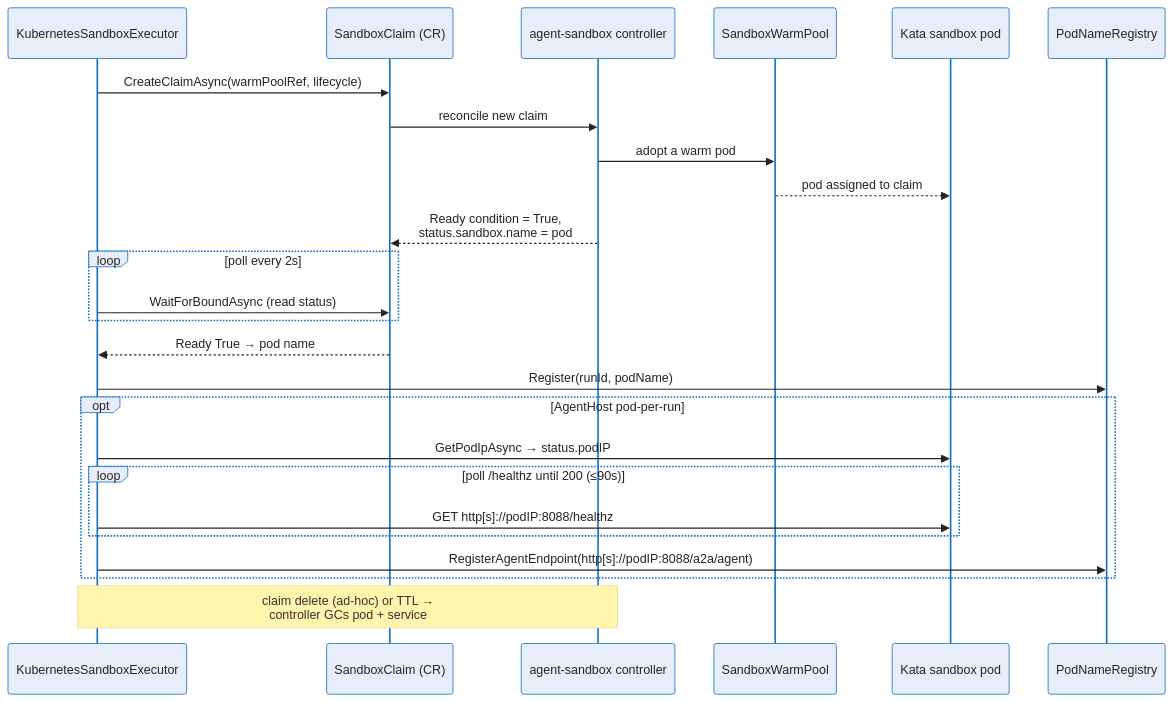
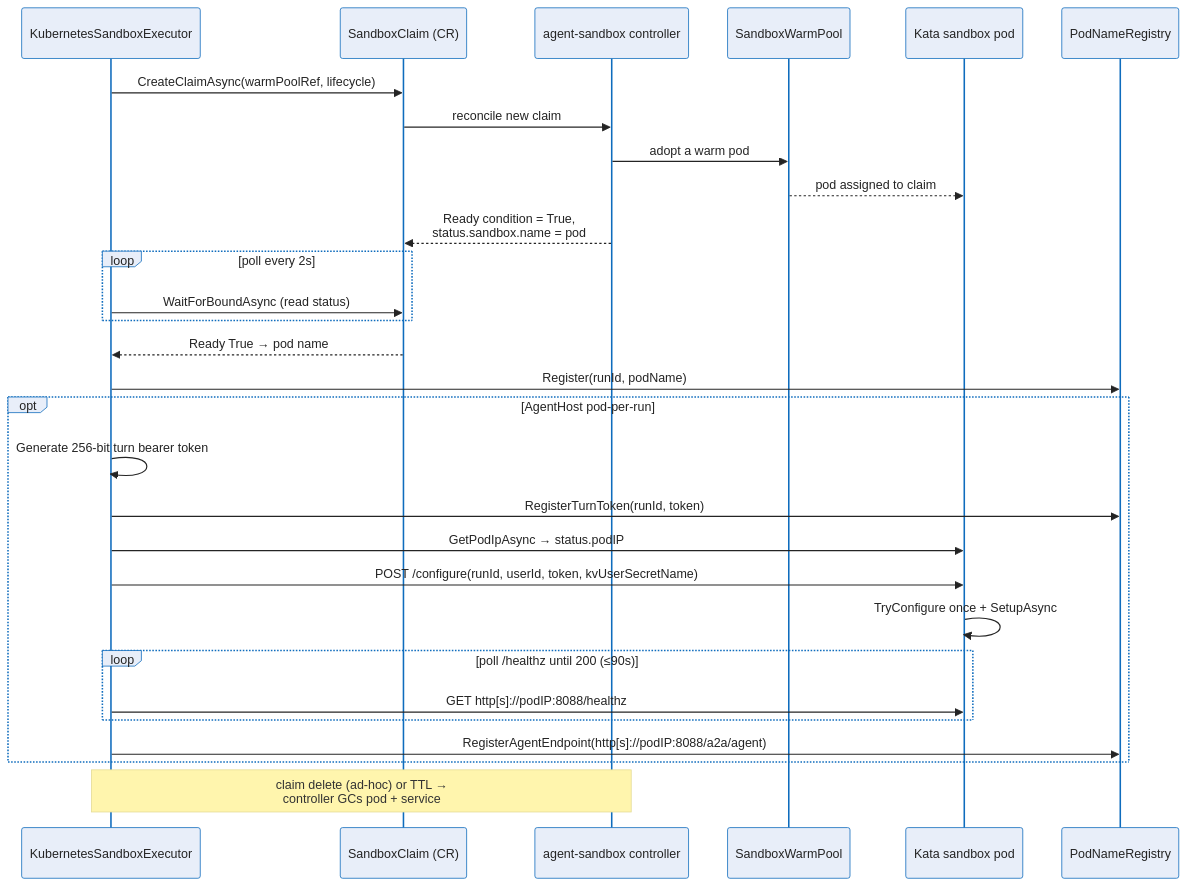
Before and after one commit to sabbour/agentweaver: the fourth of 6 diagrams in docs/deep-dive/sandbox-pod-execution.md, drawn with Mermaid. The commit also changed other lines of this file and 40 other files, not shown here.

````diff
--- a/docs/deep-dive/sandbox-pod-execution.md
+++ b/docs/deep-dive/sandbox-pod-execution.md
@@ -234,28 +235,32 @@
 ```mermaid
 %%{init: {'theme':'base','themeVariables':{'fontFamily':'Segoe UI, system-ui, -apple-system, sans-serif','fontSize':'15px','primaryColor':'#E8EEF9','primaryBorderColor':'#0F6CBD','primaryTextColor':'#242424','lineColor':'#605E5C','clusterBkg':'#FAF9F8','clusterBorder':'#D2D0CE','edgeLabelBackground':'#FFFFFF'}}}%%
 sequenceDiagram
     participant Exec as KubernetesSandboxExecutor
     participant Claim as SandboxClaim (CR)
     participant Ctrl as agent-sandbox controller
     participant Pool as SandboxWarmPool
     participant Pod as Kata sandbox pod
     participant Reg as PodNameRegistry
     Exec->>Claim: CreateClaimAsync(warmPoolRef, lifecycle)
     Claim->>Ctrl: reconcile new claim
     Ctrl->>Pool: adopt a warm pod
     Pool-->>Pod: pod assigned to claim
     Ctrl-->>Claim: Ready condition = True,<br/>status.sandbox.name = pod
     loop poll every 2s
         Exec->>Claim: WaitForBoundAsync (read status)
     end
     Claim-->>Exec: Ready True → pod name
     Exec->>Reg: Register(runId, podName)
     opt AgentHost pod-per-run
+        Exec->>Exec: Generate 256-bit turn bearer token
+        Exec->>Reg: RegisterTurnToken(runId, token)
         Exec->>Pod: GetPodIpAsync → status.podIP
+        Exec->>Pod: POST /configure(runId, userId, token, kvUserSecretName)
+        Pod->>Pod: TryConfigure once + SetupAsync
         loop poll /healthz until 200 (≤90s)
             Exec->>Pod: GET http[s]://podIP:8088/healthz
         end
         Exec->>Reg: RegisterAgentEndpoint(http[s]://podIP:8088/a2a/agent)
     end
     Note over Exec,Ctrl: claim delete (ad-hoc) or TTL →<br/>controller GCs pod + service
 ```
````
